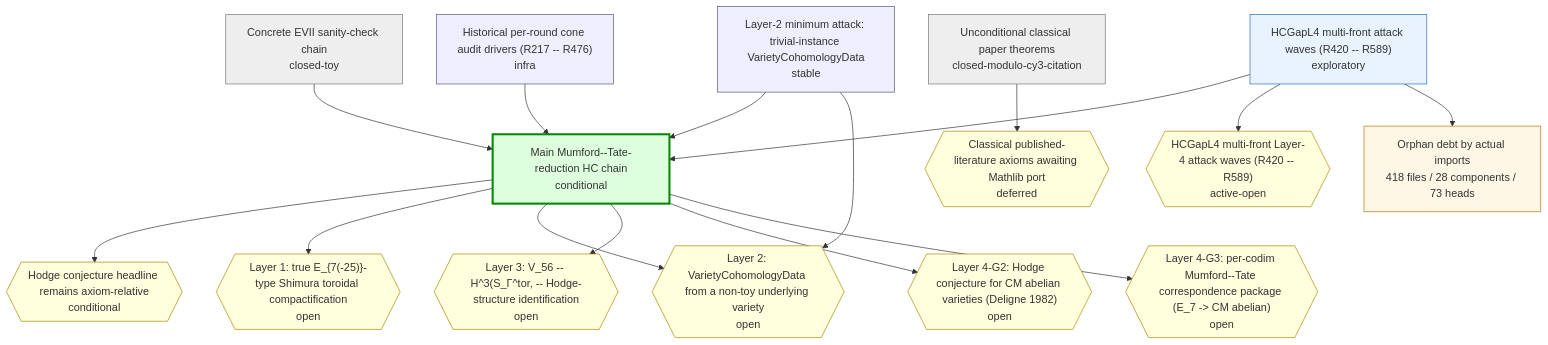
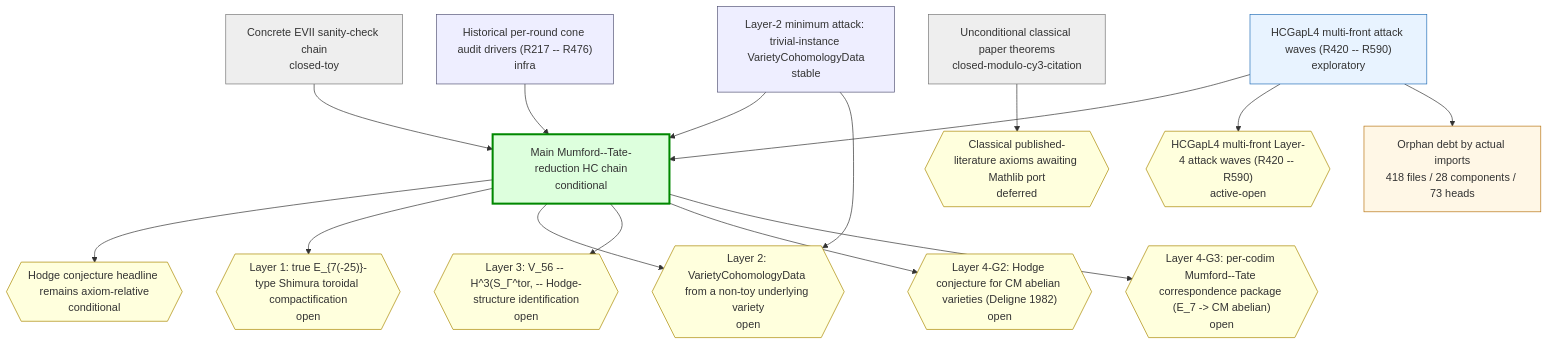
Before and after one commit to crabsatellite/hodge-conjecture-lean4-formalization: the first of 2 diagrams in chain-status/research-map.md, drawn with Mermaid. The commit also changed other lines of this file and 7 other files, not shown here.

````diff
--- a/chain-status/research-map.md
+++ b/chain-status/research-map.md
@@ -45,44 +45,44 @@
 ```mermaid
 graph TD
   classDef main fill:#dfd,stroke:#080,stroke-width:3px
   classDef active fill:#e8f3ff,stroke:#2670b8
   classDef support fill:#eef,stroke:#557
   classDef closed fill:#eee,stroke:#777
   classDef dead fill:#fdd,stroke:#a00,stroke-width:2px
   classDef gapOpen fill:#ffd,stroke:#a80
   classDef gapClosed fill:#eee,stroke:#777
   classDef gapDead fill:#fdd,stroke:#a00
   classDef debt fill:#fff7e6,stroke:#b87514
   classDef debtTaxonomy fill:#e8f3ff,stroke:#2670b8,stroke-dasharray:3 3
   classDef debtRule fill:#eefbea,stroke:#398439,stroke-dasharray:3 3
   classDef debtDead fill:#fdd,stroke:#a00,stroke-dasharray:3 3
   chain_main_hc_axiom_relative["Main Mumford--Tate-reduction HC chain\nconditional"]:::main
   chain_unconditional_classical["Unconditional classical paper theorems\nclosed-modulo-cy3-citation"]:::closed
   chain_hcgap_l2_trivial_instances["Layer-2 minimum attack: trivial-instance VarietyCohomologyData\nstable"]:::support
-  chain_hcgap_l4_multifront_active["HCGapL4 multi-front attack waves (R420 -- R589)\nexploratory"]:::active
+  chain_hcgap_l4_multifront_active["HCGapL4 multi-front attack waves (R420 -- R590)\nexploratory"]:::active
   chain_concrete_evii_toy["Concrete EVII sanity-check chain\nclosed-toy"]:::closed
   chain_historical_cone_audits["Historical per-round cone audit drivers (R217 -- R476)\ninfra"]:::support
   gap_G_main_hc{{"Hodge conjecture headline remains axiom-relative\nconditional"}}:::gapOpen
   gap_G_l1_e7_shimura_tor{{"Layer 1: true E_{7(-25)}-type Shimura toroidal compactification\nopen"}}:::gapOpen
   gap_G_l2_cohomology_construction{{"Layer 2: VarietyCohomologyData from a non-toy underlying variety\nopen"}}:::gapOpen
   gap_G_l3_v56_mt_identification{{"Layer 3: V_56 -- H^3(S_Γ^tor, -- Hodge-structure identification\nopen"}}:::gapOpen
   gap_G_l4_cm_abelian_hc{{"Layer 4-G2: Hodge conjecture for CM abelian varieties (Deligne 1982)\nopen"}}:::gapOpen
   gap_G_l4_mt_correspondence{{"Layer 4-G3: per-codim Mumford--Tate correspondence package (E_7 -> CM abelian)\nopen"}}:::gapOpen
   gap_G_classical_mathlib_port{{"Classical published-literature axioms awaiting Mathlib port\ndeferred"}}:::gapOpen
-  gap_G_hcgap_l4_multifront{{"HCGapL4 multi-front Layer-4 attack waves (R420 -- R589)\nactive-open"}}:::gapOpen
+  gap_G_hcgap_l4_multifront{{"HCGapL4 multi-front Layer-4 attack waves (R420 -- R590)\nactive-open"}}:::gapOpen
   chain_main_hc_axiom_relative --> gap_G_main_hc
   chain_main_hc_axiom_relative --> gap_G_l1_e7_shimura_tor
   chain_main_hc_axiom_relative --> gap_G_l2_cohomology_construction
   chain_main_hc_axiom_relative --> gap_G_l3_v56_mt_identification
   chain_main_hc_axiom_relative --> gap_G_l4_cm_abelian_hc
   chain_main_hc_axiom_relative --> gap_G_l4_mt_correspondence
   chain_unconditional_classical --> gap_G_classical_mathlib_port
   chain_hcgap_l2_trivial_instances --> chain_main_hc_axiom_relative
   chain_hcgap_l2_trivial_instances --> gap_G_l2_cohomology_construction
   chain_hcgap_l4_multifront_active --> chain_main_hc_axiom_relative
   chain_hcgap_l4_multifront_active --> gap_G_hcgap_l4_multifront
   chain_concrete_evii_toy --> chain_main_hc_axiom_relative
   chain_historical_cone_audits --> chain_main_hc_axiom_relative
   debt_all["Orphan debt by actual imports\n418 files / 28 components / 73 heads"]:::debt
   chain_hcgap_l4_multifront_active --> debt_all
 ```
````
